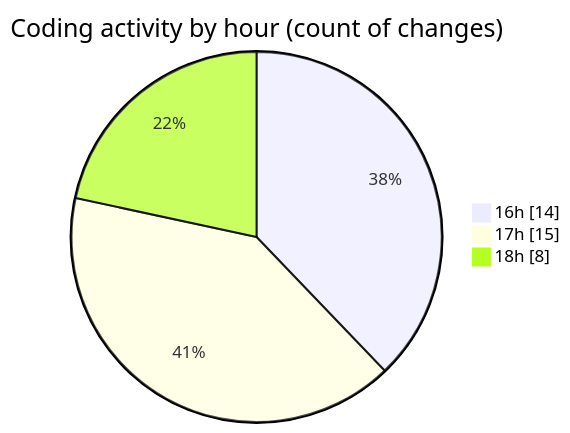
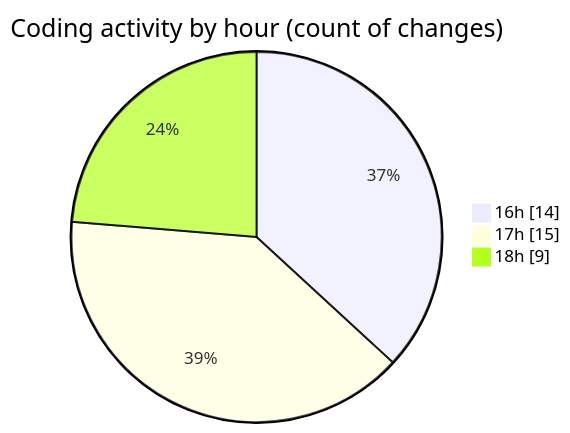
Before and after one commit to Elitesun/code-tracking: the second of 2 diagrams in 2025-01-31/flask/README.md, drawn with Mermaid. The commit also changed other lines of this file and 1 other file, not shown here.

````diff
--- a/2025-01-31/flask/README.md
+++ b/2025-01-31/flask/README.md
@@ -35,7 +35,7 @@
 ```mermaid
 pie showData
 title Coding activity by hour (count of changes)
 "16h" : 14
 "17h" : 15
-"18h" : 8
+"18h" : 9
 ```
````
